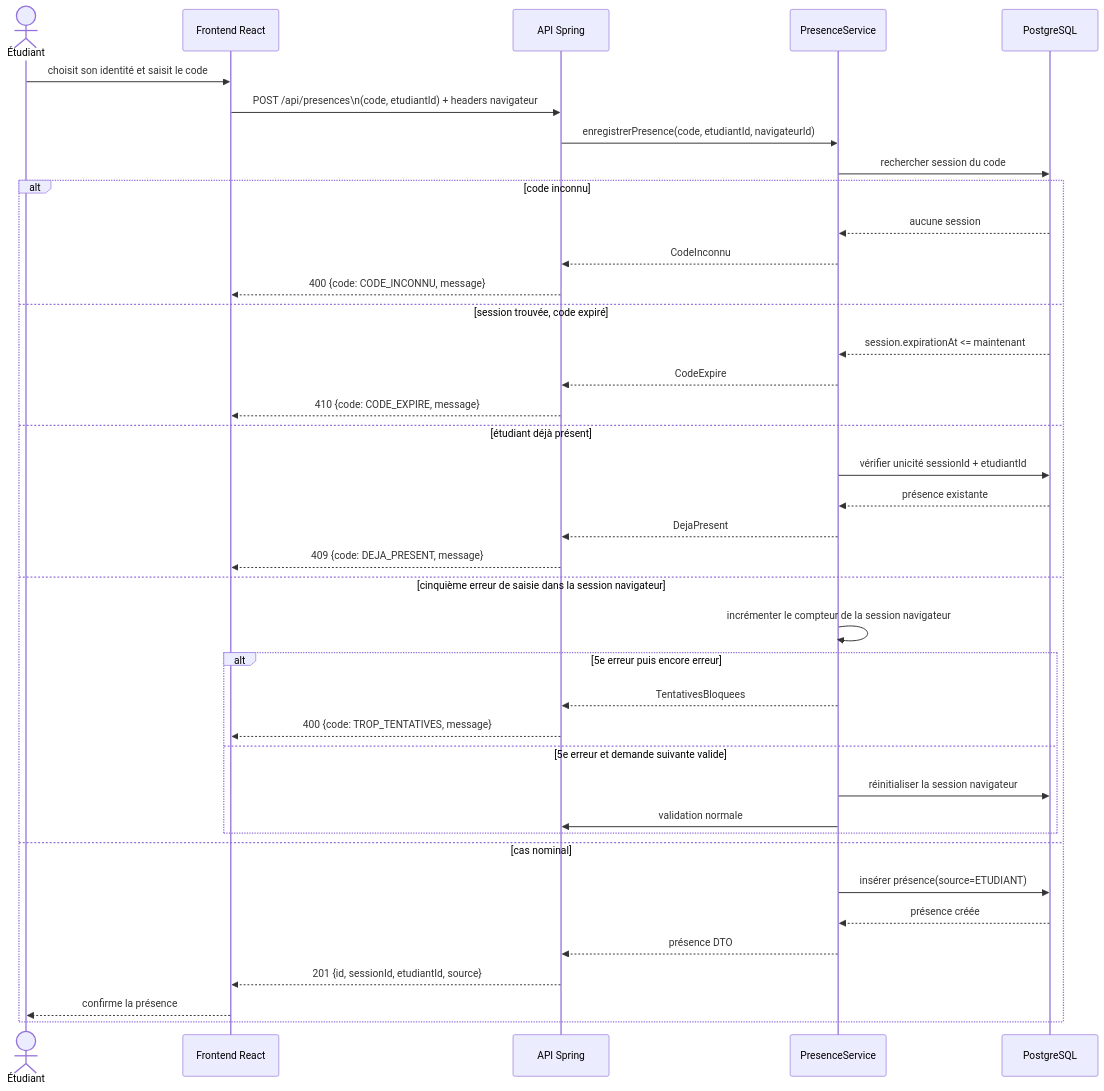
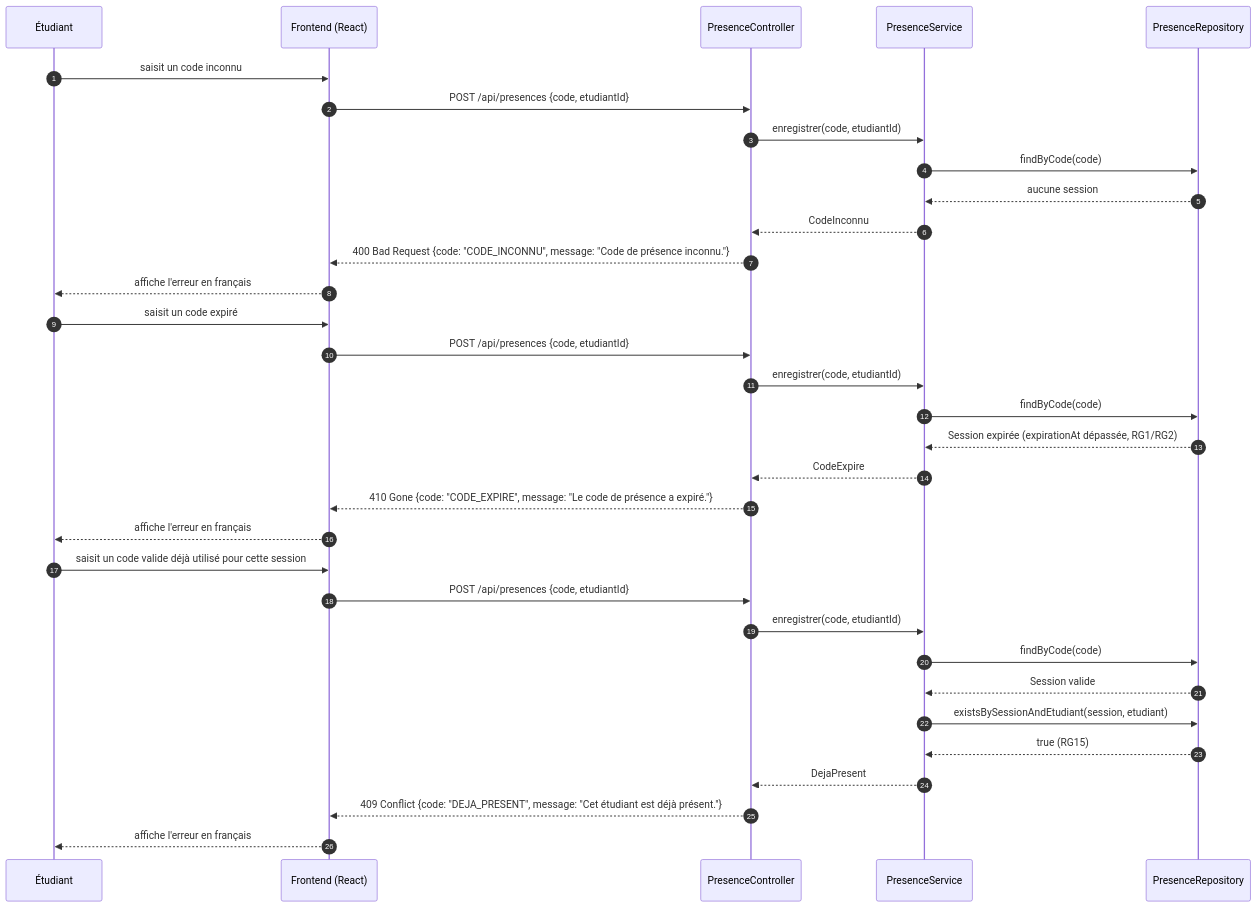
One commit to kabary-hub/kfokam48-epreuve-153 changed the second of 2 diagrams in docs/diagrammes/D3-sequence-presence.md. Above: the diagram before and after it, drawn with Mermaid. The commit also changed other lines of this file, not shown here.

Commit message:
docs(diagrammes): créer D3 séquence marquer présence (codes HTTP contrat)

````diff
--- a/docs/diagrammes/D3-sequence-presence.md
+++ b/docs/diagrammes/D3-sequence-presence.md
@@ -3,42 +36,38 @@
 ```mermaid
 sequenceDiagram
-    actor E as Étudiant
-    participant UI as Frontend React
-    participant API as API Spring
+    autonumber
+    participant E as Étudiant
+    participant F as Frontend (React)
+    participant C as PresenceController
     participant S as PresenceService
-    participant DB as PostgreSQL
+    participant R as PresenceRepository
 
-    E->>UI: choisit son identité et saisit le code
-    UI->>API: POST /api/presences\n(code, etudiantId) + headers navigateur
-    API->>S: enregistrerPresence(code, etudiantId, navigateurId)
-    S->>DB: rechercher session du code
-    alt code inconnu
-        DB-->>S: aucune session
-        S-->>API: CodeInconnu
-        API-->>UI: 400 {code: CODE_INCONNU, message}
-    else session trouvée, code expiré
-        DB-->>S: session.expirationAt <= maintenant
-        S-->>API: CodeExpire
-        API-->>UI: 410 {code: CODE_EXPIRE, message}
-    else étudiant déjà présent
-        S->>DB: vérifier unicité sessionId + etudiantId
-        DB-->>S: présence existante
-        S-->>API: DejaPresent
-        API-->>UI: 409 {code: DEJA_PRESENT, message}
-    else cinquième erreur de saisie dans la session navigateur
-        S->>S: incrémenter le compteur de la session navigateur
-        alt 5e erreur puis encore erreur
-            S-->>API: TentativesBloquees
-            API-->>UI: 400 {code: TROP_TENTATIVES, message}
-        else 5e erreur et demande suivante valide
-            S->>DB: réinitialiser la session navigateur
-            S->>API: validation normale
-        end
-    else cas nominal
-        S->>DB: insérer présence(source=ETUDIANT)
-        DB-->>S: présence créée
-        S-->>API: présence DTO
-        API-->>UI: 201 {id, sessionId, etudiantId, source}
-        UI-->>E: confirme la présence
-    end
+    E->>F: saisit un code inconnu
+    F->>C: POST /api/presences {code, etudiantId}
+    C->>S: enregistrer(code, etudiantId)
+    S->>R: findByCode(code)
+    R-->>S: aucune session
+    S-->>C: CodeInconnu
+    C-->>F: 400 Bad Request {code: "CODE_INCONNU", message: "Code de présence inconnu."}
+    F-->>E: affiche l'erreur en français
+
+    E->>F: saisit un code expiré
+    F->>C: POST /api/presences {code, etudiantId}
+    C->>S: enregistrer(code, etudiantId)
+    S->>R: findByCode(code)
+    R-->>S: Session expirée (expirationAt dépassée, RG1/RG2)
+    S-->>C: CodeExpire
+    C-->>F: 410 Gone {code: "CODE_EXPIRE", message: "Le code de présence a expiré."}
+    F-->>E: affiche l'erreur en français
+
+    E->>F: saisit un code valide déjà utilisé pour cette session
+    F->>C: POST /api/presences {code, etudiantId}
+    C->>S: enregistrer(code, etudiantId)
+    S->>R: findByCode(code)
+    R-->>S: Session valide
+    S->>R: existsBySessionAndEtudiant(session, etudiant)
+    R-->>S: true (RG15)
+    S-->>C: DejaPresent
+    C-->>F: 409 Conflict {code: "DEJA_PRESENT", message: "Cet étudiant est déjà présent."}
+    F-->>E: affiche l'erreur en français
 ```
````
